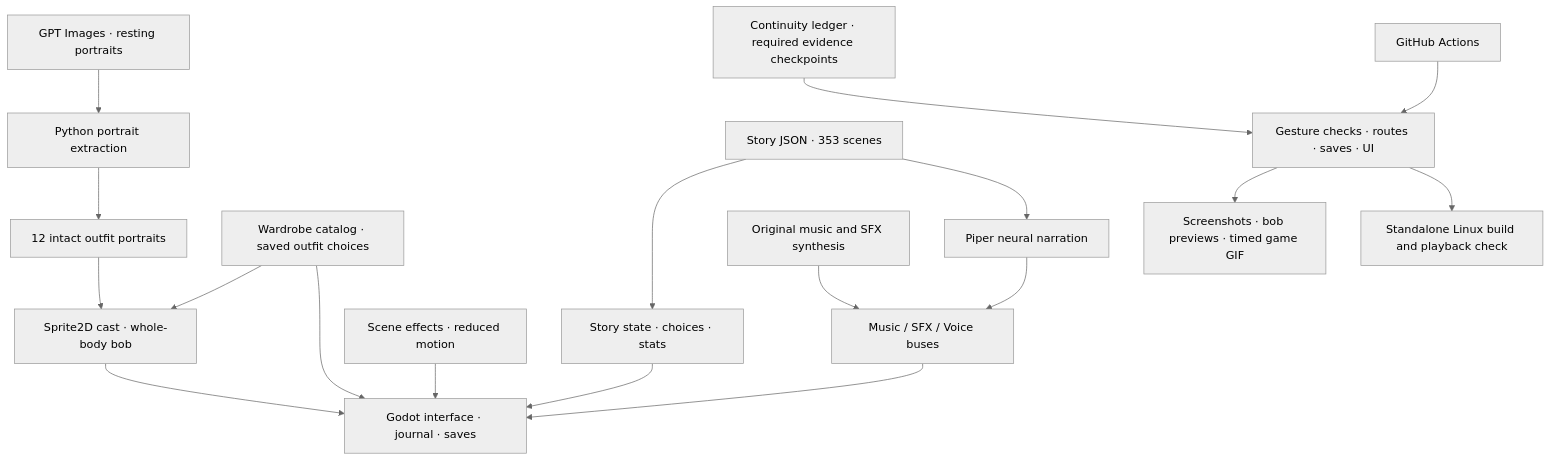
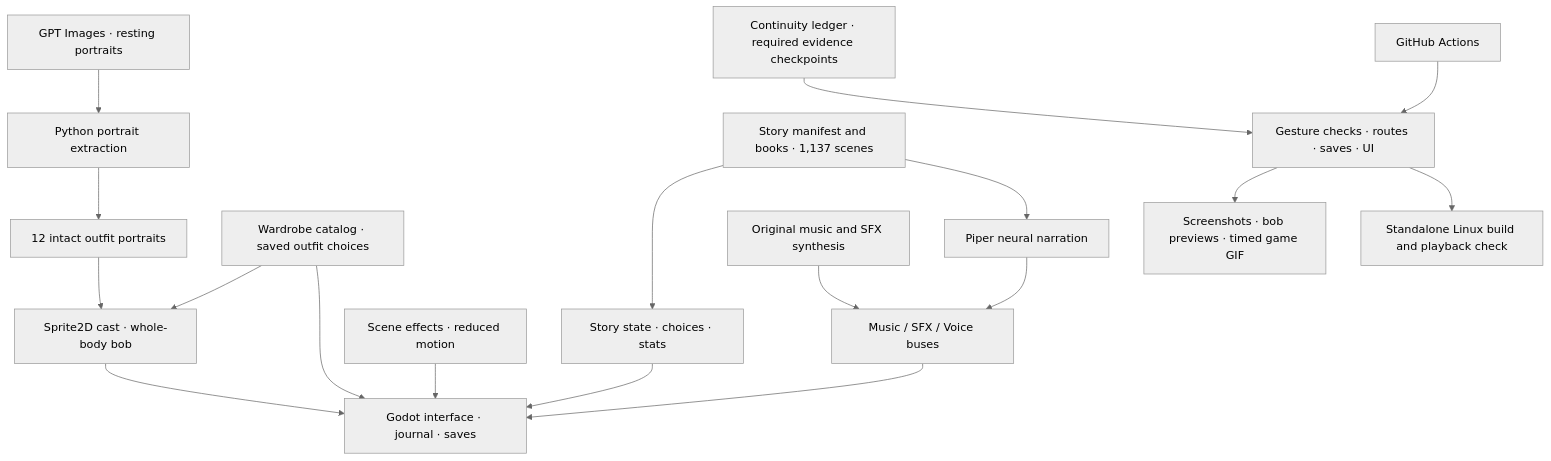
Before and after one commit to jgyy/octxian: the diagram in README.md, drawn with Mermaid (neutral theme). The commit also changed other lines of this file and 26 other files, not shown here.

````diff
--- a/README.md
+++ b/README.md
@@ -175,20 +192,20 @@
 ```mermaid
 flowchart TD
     GPT["GPT Images · resting portraits"] --> Prep["Python portrait extraction"]
     Prep --> Portraits["12 intact outfit portraits"]
     Portraits --> Cast["Sprite2D cast · whole-body bob"]
-    JSON["Story JSON · 353 scenes"] --> State["Story state · choices · stats"]
+    JSON["Story manifest and books · 1,137 scenes"] --> State["Story state · choices · stats"]
     Canon["Continuity ledger · required evidence checkpoints"] --> Verify
     Effects["Scene effects · reduced motion"] --> UI
     State --> UI["Godot interface · journal · saves"]
     Wardrobe["Wardrobe catalog · saved outfit choices"] --> Cast
     Wardrobe --> UI
     Cast --> UI
     JSON --> Piper["Piper neural narration"]
     Synth["Original music and SFX synthesis"] --> Audio["Music / SFX / Voice buses"]
     Piper --> Audio
     Audio --> UI
     CI["GitHub Actions"] --> Verify["Gesture checks · routes · saves · UI"]
     Verify --> Capture["Screenshots · bob previews · timed game GIF"]
     Verify --> Build["Standalone Linux build and playback check"]
 ```
````
